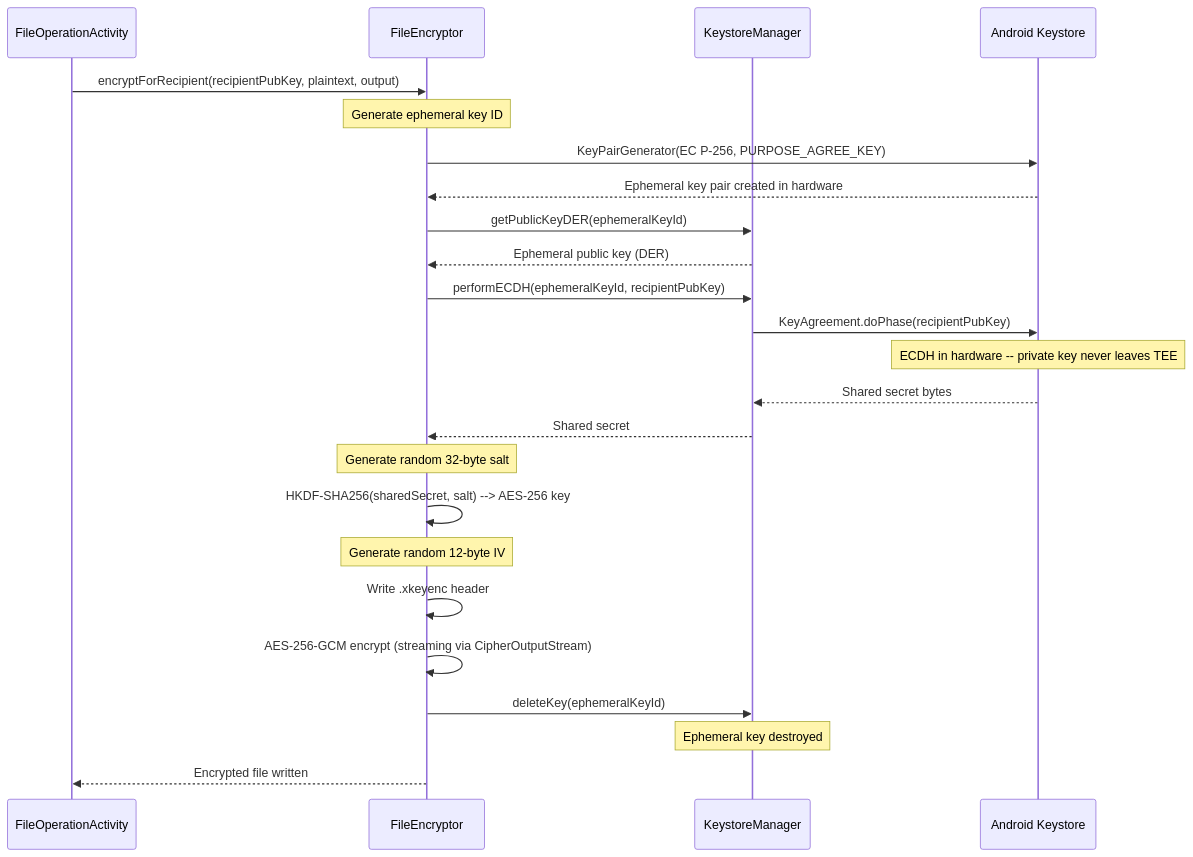
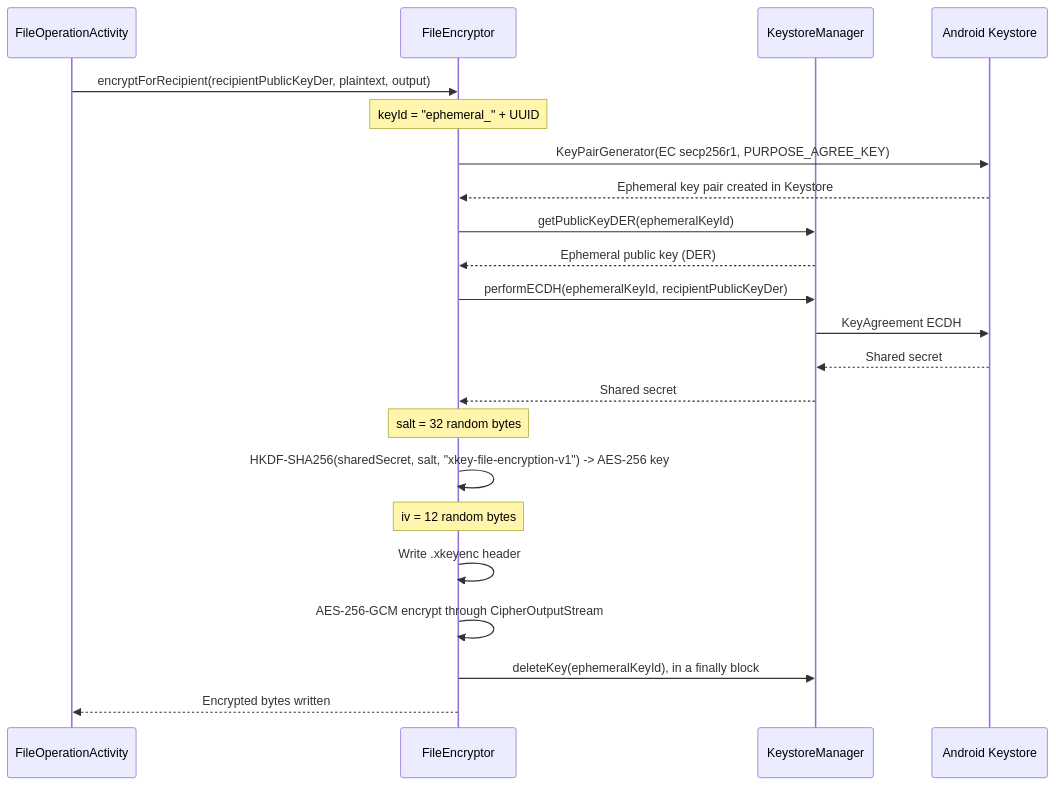
One commit to jeremyhahn/xkey-android changed the first of 5 diagrams in docs/file-operations/architecture.md. Above: the diagram before and after it, drawn with Mermaid. The commit also changed other lines of this file and 39 other files, not shown here.

````diff
--- a/docs/file-operations/architecture.md
+++ b/docs/file-operations/architecture.md
@@ -14,34 +37,31 @@
 ```mermaid
 sequenceDiagram
     participant App as FileOperationActivity
     participant FE as FileEncryptor
     participant KM as KeystoreManager
     participant KS as Android Keystore
 
-    App->>FE: encryptForRecipient(recipientPubKey, plaintext, output)
+    App->>FE: encryptForRecipient(recipientPublicKeyDer, plaintext, output)
 
-    Note over FE: Generate ephemeral key ID
-    FE->>KS: KeyPairGenerator(EC P-256, PURPOSE_AGREE_KEY)
-    KS-->>FE: Ephemeral key pair created in hardware
+    Note over FE: keyId = "ephemeral_" + UUID
+    FE->>KS: KeyPairGenerator(EC secp256r1, PURPOSE_AGREE_KEY)
+    KS-->>FE: Ephemeral key pair created in Keystore
 
     FE->>KM: getPublicKeyDER(ephemeralKeyId)
     KM-->>FE: Ephemeral public key (DER)
 
-    FE->>KM: performECDH(ephemeralKeyId, recipientPubKey)
-    KM->>KS: KeyAgreement.doPhase(recipientPubKey)
-    Note over KS: ECDH in hardware -- private key never leaves TEE
-    KS-->>KM: Shared secret bytes
+    FE->>KM: performECDH(ephemeralKeyId, recipientPublicKeyDer)
+    KM->>KS: KeyAgreement ECDH
+    KS-->>KM: Shared secret
     KM-->>FE: Shared secret
 
-    Note over FE: Generate random 32-byte salt
-    FE->>FE: HKDF-SHA256(sharedSecret, salt) --> AES-256 key
-    Note over FE: Generate random 12-byte IV
+    Note over FE: salt = 32 random bytes
+    FE->>FE: HKDF-SHA256(sharedSecret, salt, "xkey-file-encryption-v1") -> AES-256 key
+    Note over FE: iv = 12 random bytes
 
     FE->>FE: Write .xkeyenc header
-    FE->>FE: AES-256-GCM encrypt (streaming via CipherOutputStream)
+    FE->>FE: AES-256-GCM encrypt through CipherOutputStream
 
-    FE->>KM: deleteKey(ephemeralKeyId)
-    Note over KM: Ephemeral key destroyed
-
-    FE-->>App: Encrypted file written
+    FE->>KM: deleteKey(ephemeralKeyId), in a finally block
+    FE-->>App: Encrypted bytes written
 ```
````
